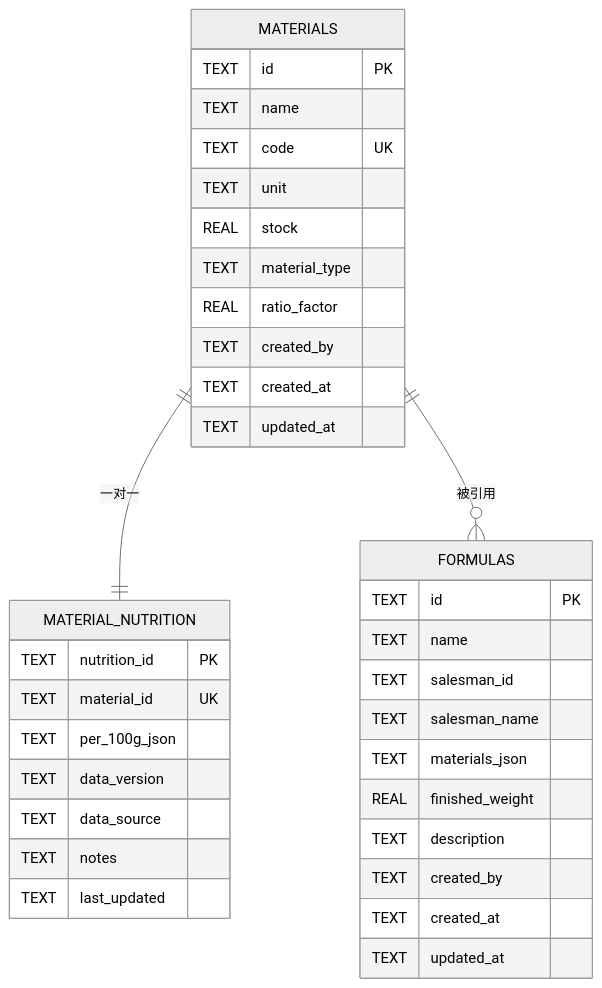
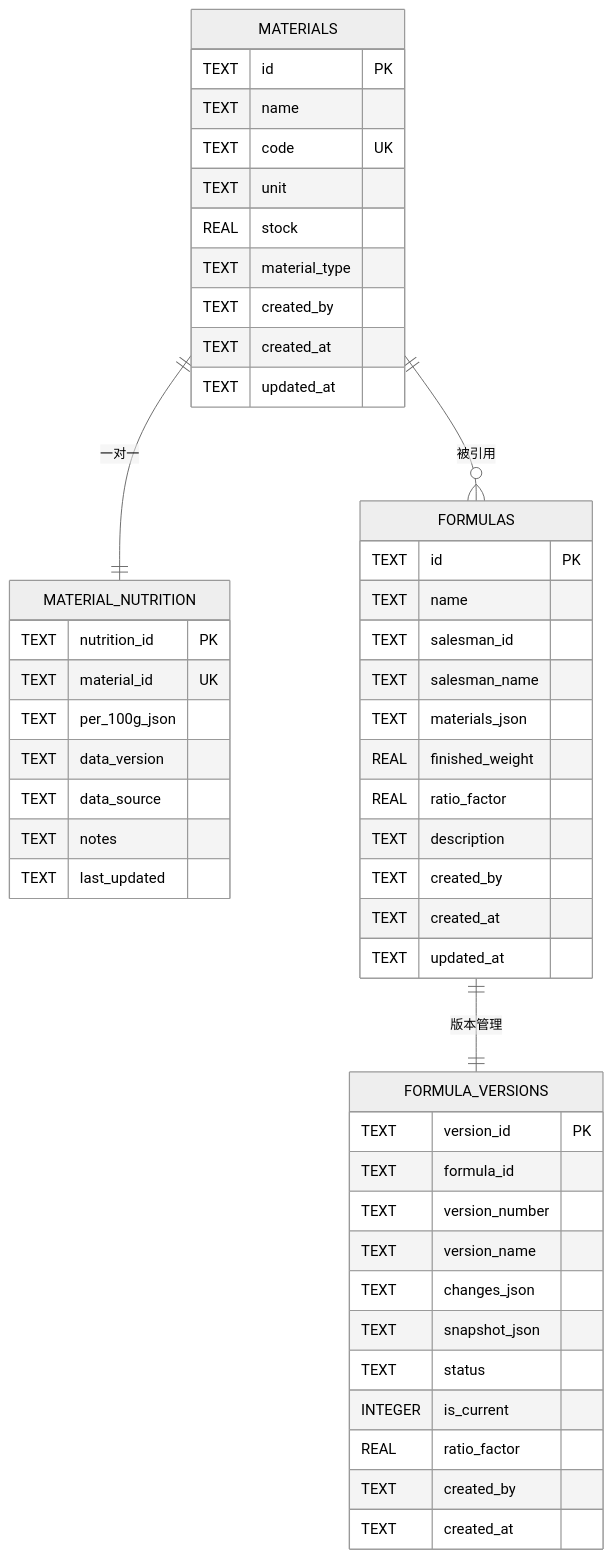
The fifth of 8 diagrams in .qoder/repowiki/zh/content/数据库设计/表结构详解/原料表 (materials).md (xpretycn/TingStudio), drawn with Mermaid (neutral theme) before and after one commit. The commit also changed other lines of this file and 26 other files, not shown here.

First line of the commit message:
docs(api): 更新文档支持移除和新增 ratioFactor 参数

````diff
--- a/.qoder/repowiki/zh/content/数据库设计/表结构详解/原料表 (materials).md
+++ b/.qoder/repowiki/zh/content/数据库设计/表结构详解/原料表 (materials).md
@@ -254,38 +270,52 @@
 ```mermaid
 erDiagram
 MATERIALS {
 TEXT id PK
 TEXT name
 TEXT code UK
 TEXT unit
 REAL stock
 TEXT material_type
-REAL ratio_factor
 TEXT created_by
 TEXT created_at
 TEXT updated_at
 }
 MATERIAL_NUTRITION {
 TEXT nutrition_id PK
 TEXT material_id UK
 TEXT per_100g_json
 TEXT data_version
 TEXT data_source
 TEXT notes
 TEXT last_updated
 }
 FORMULAS {
 TEXT id PK
 TEXT name
 TEXT salesman_id
 TEXT salesman_name
 TEXT materials_json
 REAL finished_weight
+REAL ratio_factor
 TEXT description
 TEXT created_by
 TEXT created_at
 TEXT updated_at
 }
+FORMULA_VERSIONS {
+TEXT version_id PK
+TEXT formula_id
+TEXT version_number
+TEXT version_name
+TEXT changes_json
+TEXT snapshot_json
+TEXT status
+INTEGER is_current
+REAL ratio_factor
+TEXT created_by
+TEXT created_at
+}
 MATERIALS ||--|| MATERIAL_NUTRITION : "一对一"
 MATERIALS ||--o{ FORMULAS : "被引用"
+FORMULAS ||--|| FORMULA_VERSIONS : "版本管理"
 ```
````
